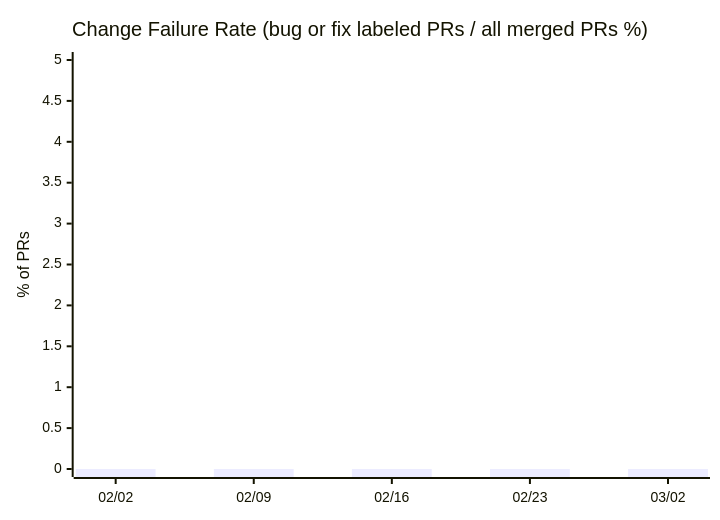
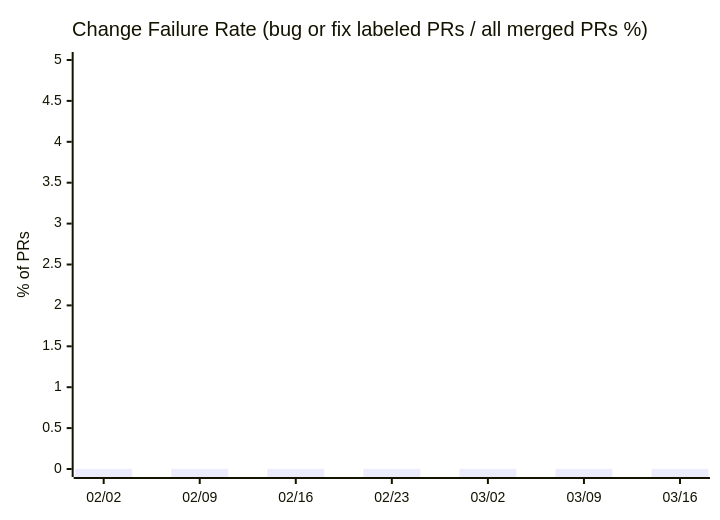
One commit to nablarch/nabledge-dev changed the third of 11 diagrams in docs/metrics.md. Above: the diagram before and after it, drawn with Mermaid. The commit also changed other lines of this file, not shown here.

````diff
--- a/docs/metrics.md
+++ b/docs/metrics.md
@@ -41,7 +41,7 @@
 ```mermaid
 xychart-beta
   title "Change Failure Rate (bug or fix labeled PRs / all merged PRs %)"
-  x-axis ["02/02", "02/09", "02/16", "02/23", "03/02"]
+  x-axis ["02/02", "02/09", "02/16", "02/23", "03/02", "03/09", "03/16"]
   y-axis "% of PRs" 0 --> 5
-  bar [0, 0, 0, 0, 0]
+  bar [0, 0, 0, 0, 0, 0, 0]
 ```
````
